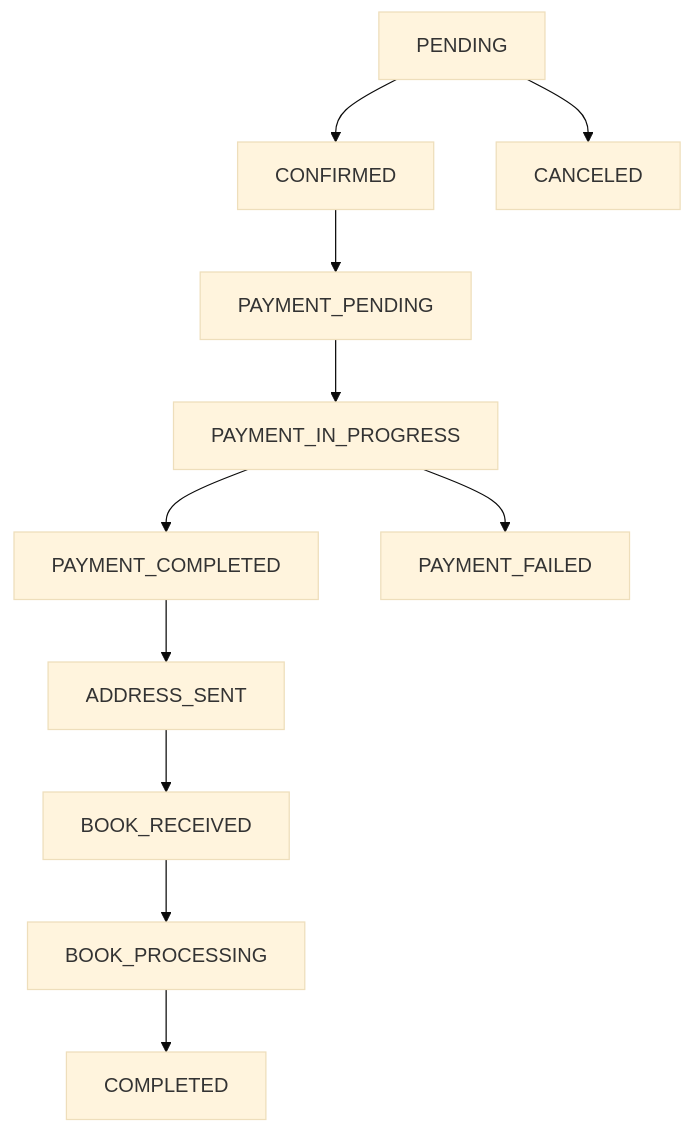
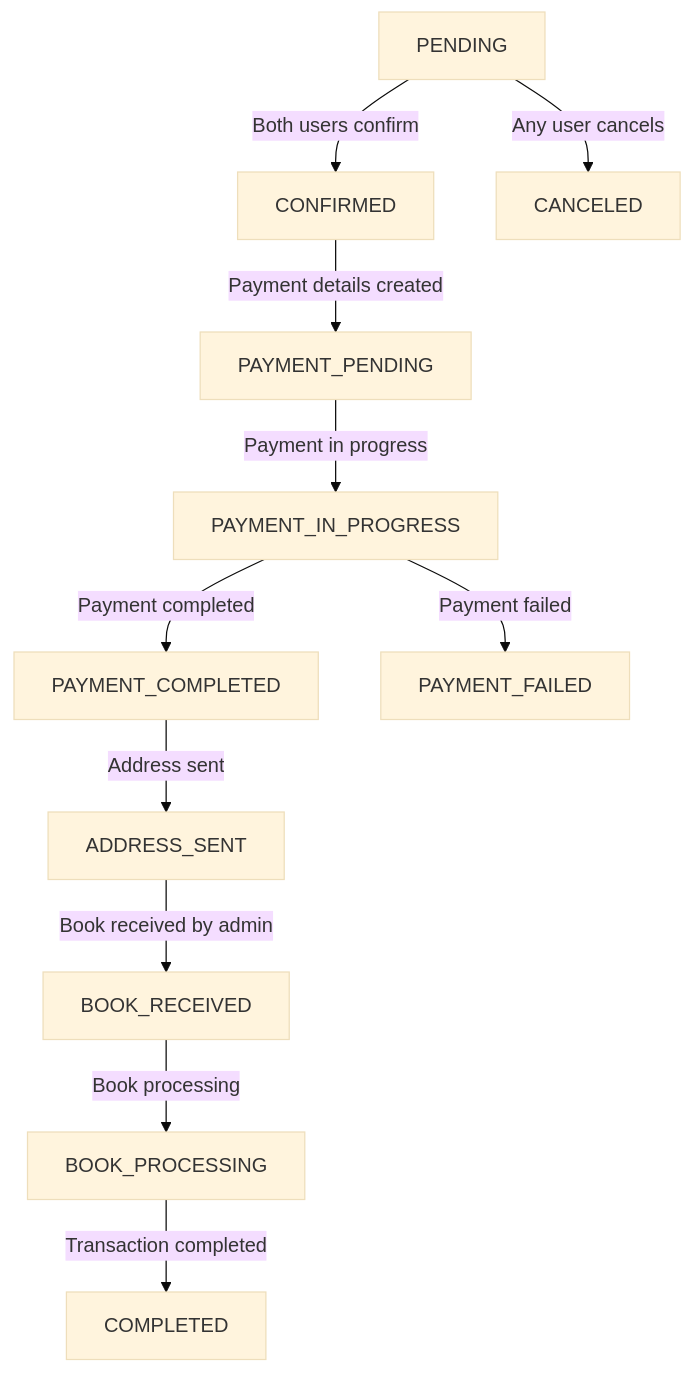
Before and after one commit to Loknong/book-exchange: the third of 4 diagrams in documents/Status change.md, drawn with Mermaid (base theme). The commit also changed other lines of this file, not shown here.

````diff
--- a/documents/Status change.md
+++ b/documents/Status change.md
@@ -36,16 +38,16 @@
-``` mermaid 
-
+```mermaid
 graph TD
-    PENDING --> CONFIRMED
-    CONFIRMED --> PAYMENT_PENDING
-    PAYMENT_PENDING --> PAYMENT_IN_PROGRESS
-    PAYMENT_IN_PROGRESS --> PAYMENT_COMPLETED
-    PAYMENT_IN_PROGRESS --> PAYMENT_FAILED
-    PAYMENT_COMPLETED --> ADDRESS_SENT
-    ADDRESS_SENT --> BOOK_RECEIVED
-    BOOK_RECEIVED --> BOOK_PROCESSING
-    BOOK_PROCESSING --> COMPLETED
-    PENDING --> CANCELED
+    PENDING -->|Both users confirm| CONFIRMED
+    CONFIRMED -->|Payment details created| PAYMENT_PENDING
+    PAYMENT_PENDING -->|Payment in progress| PAYMENT_IN_PROGRESS
+    PAYMENT_IN_PROGRESS -->|Payment completed| PAYMENT_COMPLETED
+    PAYMENT_IN_PROGRESS -->|Payment failed| PAYMENT_FAILED
+    PAYMENT_COMPLETED -->|Address sent| ADDRESS_SENT
+    ADDRESS_SENT -->|Book received by admin| BOOK_RECEIVED
+    BOOK_RECEIVED -->|Book processing| BOOK_PROCESSING
+    BOOK_PROCESSING -->|Transaction completed| COMPLETED
+    PENDING -->|Any user cancels| CANCELED
 
 
-``` 
+
+```
````
